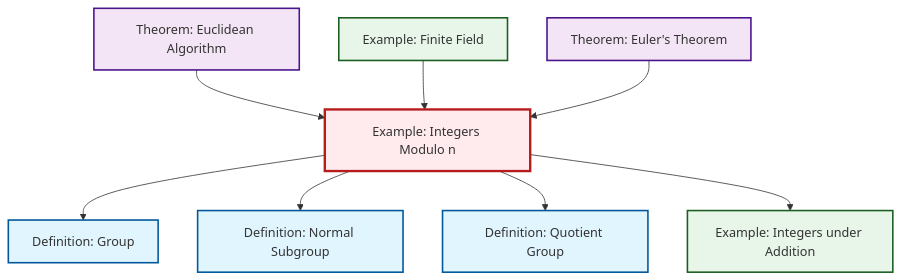
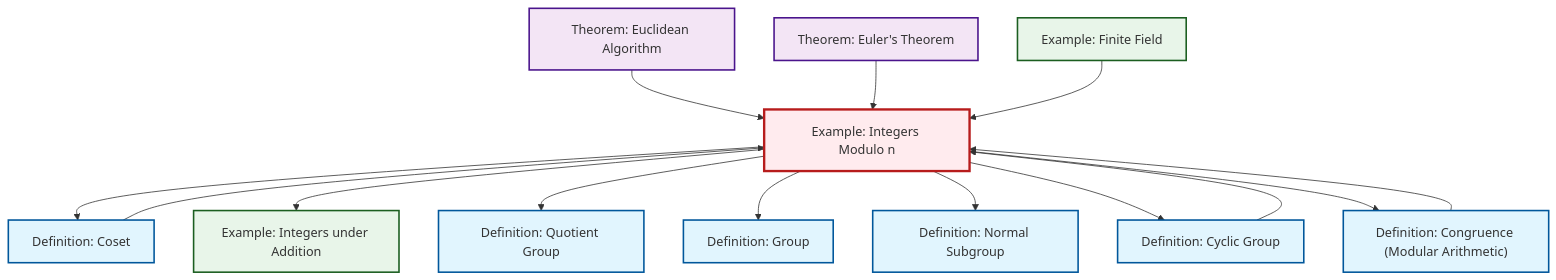
The diagram in content/en/algebra/ex-quotient-integers-mod-n.qmd (RK0429/ModernMath), drawn with Mermaid before and after one commit. The commit also changed other lines of this file and 417 other files, not shown here.

````diff
--- a/content/en/algebra/ex-quotient-integers-mod-n.qmd
+++ b/content/en/algebra/ex-quotient-integers-mod-n.qmd
@@ -119,32 +120,44 @@
 ```{mermaid}
 %%| fig-cap: "Local dependency graph"
 graph TD
     classDef definition fill:#e1f5fe,stroke:#01579b,stroke-width:2px
     classDef theorem fill:#f3e5f5,stroke:#4a148c,stroke-width:2px
     classDef axiom fill:#fff3e0,stroke:#e65100,stroke-width:2px
     classDef example fill:#e8f5e9,stroke:#1b5e20,stroke-width:2px
     classDef current fill:#ffebee,stroke:#b71c1c,stroke-width:3px
+    ex-finite-field["Example: Finite Field"]:::example
+    def-cyclic-group["Definition: Cyclic Group"]:::definition
+    thm-euler["Theorem: Euler's Theorem"]:::theorem
+    def-coset["Definition: Coset"]:::definition
     def-normal-subgroup["Definition: Normal Subgroup"]:::definition
-    ex-finite-field["Example: Finite Field"]:::example
-    thm-euler["Theorem: Euler's Theorem"]:::theorem
-    def-group["Definition: Group"]:::definition
+    ex-quotient-integers-mod-n["Example: Integers Modulo n"]:::example
     ex-integers-addition["Example: Integers under Addition"]:::example
     def-quotient-group["Definition: Quotient Group"]:::definition
     thm-euclidean-algorithm["Theorem: Euclidean Algorithm"]:::theorem
-    ex-quotient-integers-mod-n["Example: Integers Modulo n"]:::example
+    def-group["Definition: Group"]:::definition
+    def-congruence["Definition: Congruence (Modular Arithmetic)"]:::definition
+    ex-quotient-integers-mod-n --> def-coset
+    thm-euclidean-algorithm --> ex-quotient-integers-mod-n
+    def-coset --> ex-quotient-integers-mod-n
+    thm-euler --> ex-quotient-integers-mod-n
+    def-congruence --> ex-quotient-integers-mod-n
+    def-cyclic-group --> ex-quotient-integers-mod-n
+    ex-finite-field --> ex-quotient-integers-mod-n
+    ex-quotient-integers-mod-n --> ex-integers-addition
+    ex-quotient-integers-mod-n --> def-quotient-group
     ex-quotient-integers-mod-n --> def-group
-    thm-euclidean-algorithm --> ex-quotient-integers-mod-n
     ex-quotient-integers-mod-n --> def-normal-subgroup
-    ex-quotient-integers-mod-n --> def-quotient-group
-    ex-quotient-integers-mod-n --> ex-integers-addition
-    ex-finite-field --> ex-quotient-integers-mod-n
-    thm-euler --> ex-quotient-integers-mod-n
+    ex-quotient-integers-mod-n --> def-cyclic-group
+    ex-quotient-integers-mod-n --> def-congruence
     class ex-quotient-integers-mod-n current
+    click ex-finite-field "ex-finite-field.html" "Go to Finite Field example"
+    click def-cyclic-group "def-cyclic-group.html" "Go to Cyclic Group definition"
+    click thm-euler "thm-euler.html" "Go to Euler's Theorem theorem"
+    click def-coset "def-coset.html" "Go to Coset definition"
     click def-normal-subgroup "def-normal-subgroup.html" "Go to Normal Subgroup definition"
-    click ex-finite-field "ex-finite-field.html" "Go to Finite Field example"
-    click thm-euler "thm-euler.html" "Go to Euler's Theorem theorem"
-    click def-group "def-group.html" "Go to Group definition"
     click ex-integers-addition "ex-integers-addition.html" "Go to Integers under Addition example"
     click def-quotient-group "def-quotient-group.html" "Go to Quotient Group definition"
     click thm-euclidean-algorithm "thm-euclidean-algorithm.html" "Go to Euclidean Algorithm theorem"
+    click def-group "def-group.html" "Go to Group definition"
+    click def-congruence "def-congruence.html" "Go to Congruence (Modular Arithmetic) definition"
 ```
````
